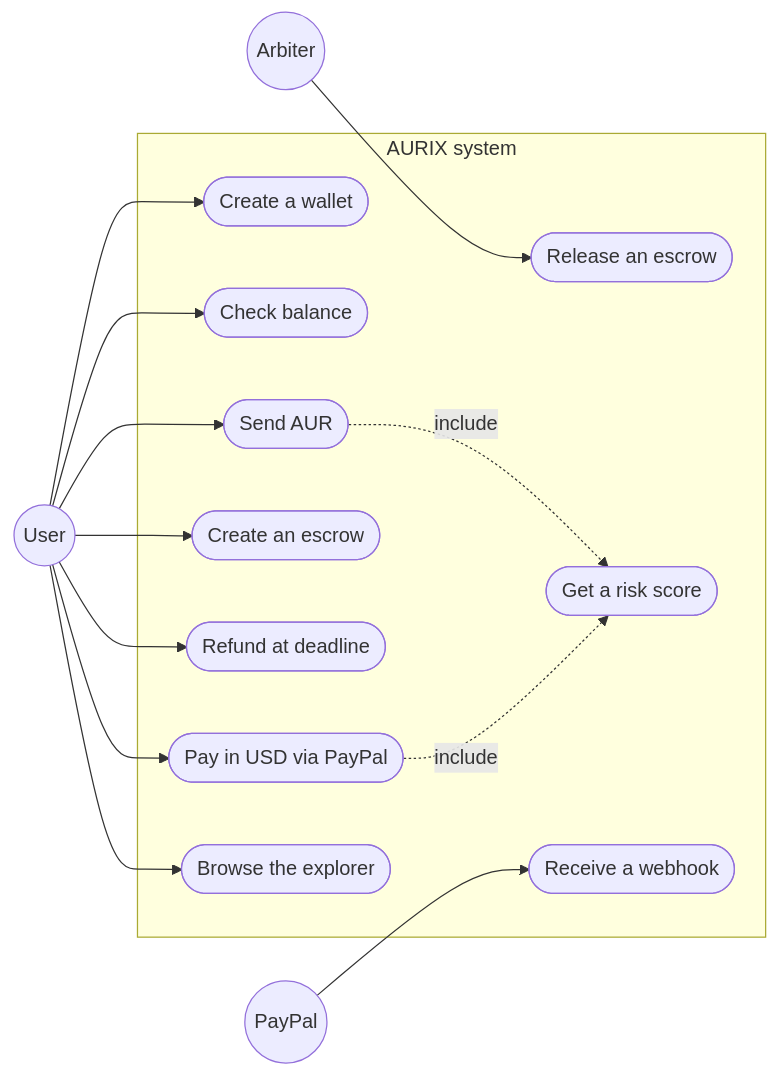
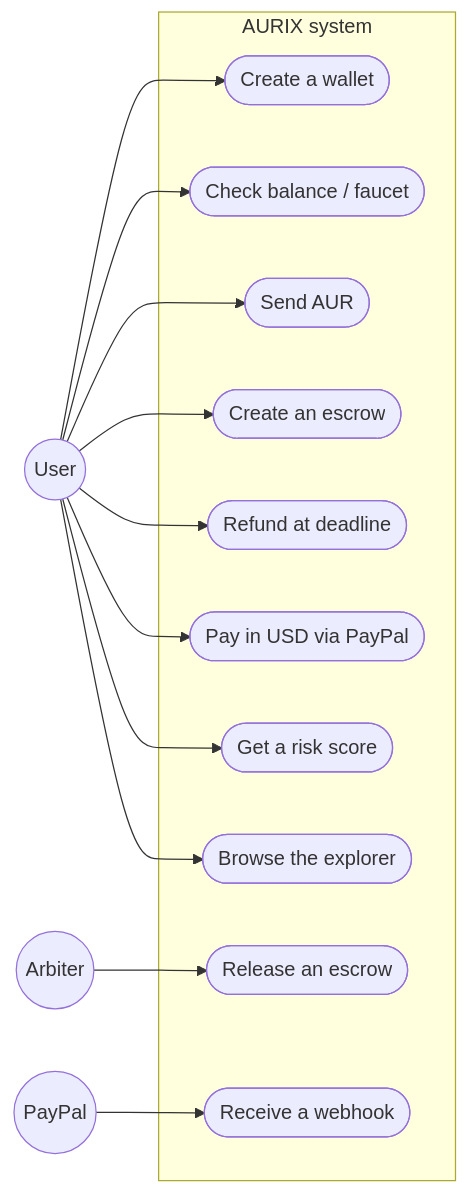
One commit to joeylukoji/Aurix changed the third of 11 diagrams in docs/architecture/diagrams.md. Above: the diagram before and after it, drawn with Mermaid. The commit also changed other lines of this file and 7 other files, not shown here.

Commit message:
docs: as-built architecture, sprint status, Devpost description and demo script

````diff
--- a/docs/architecture/diagrams.md
+++ b/docs/architecture/diagrams.md
@@ -44,23 +45,21 @@
 ```mermaid
 flowchart LR
     U((User))
     A((Arbiter))
     P((PayPal))
     subgraph AURIX system
         UC1([Create a wallet])
-        UC2([Check balance])
+        UC2([Check balance / faucet])
         UC3([Send AUR])
         UC4([Create an escrow])
         UC5([Release an escrow])
         UC6([Refund at deadline])
         UC7([Pay in USD via PayPal])
         UC8([Get a risk score])
         UC9([Browse the explorer])
         UC10([Receive a webhook])
     end
-    U --> UC1 & UC2 & UC3 & UC4 & UC6 & UC7 & UC9
+    U --> UC1 & UC2 & UC3 & UC4 & UC6 & UC7 & UC8 & UC9
     A --> UC5
     P --> UC10
-    UC3 -. include .-> UC8
-    UC7 -. include .-> UC8
 ```
````
